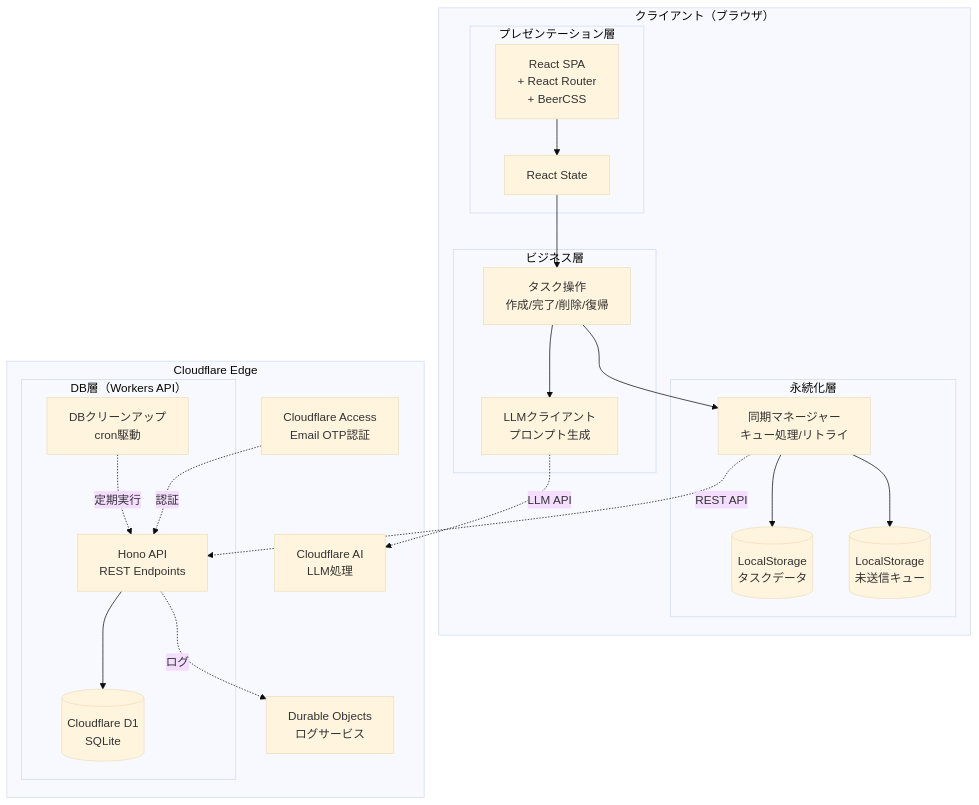
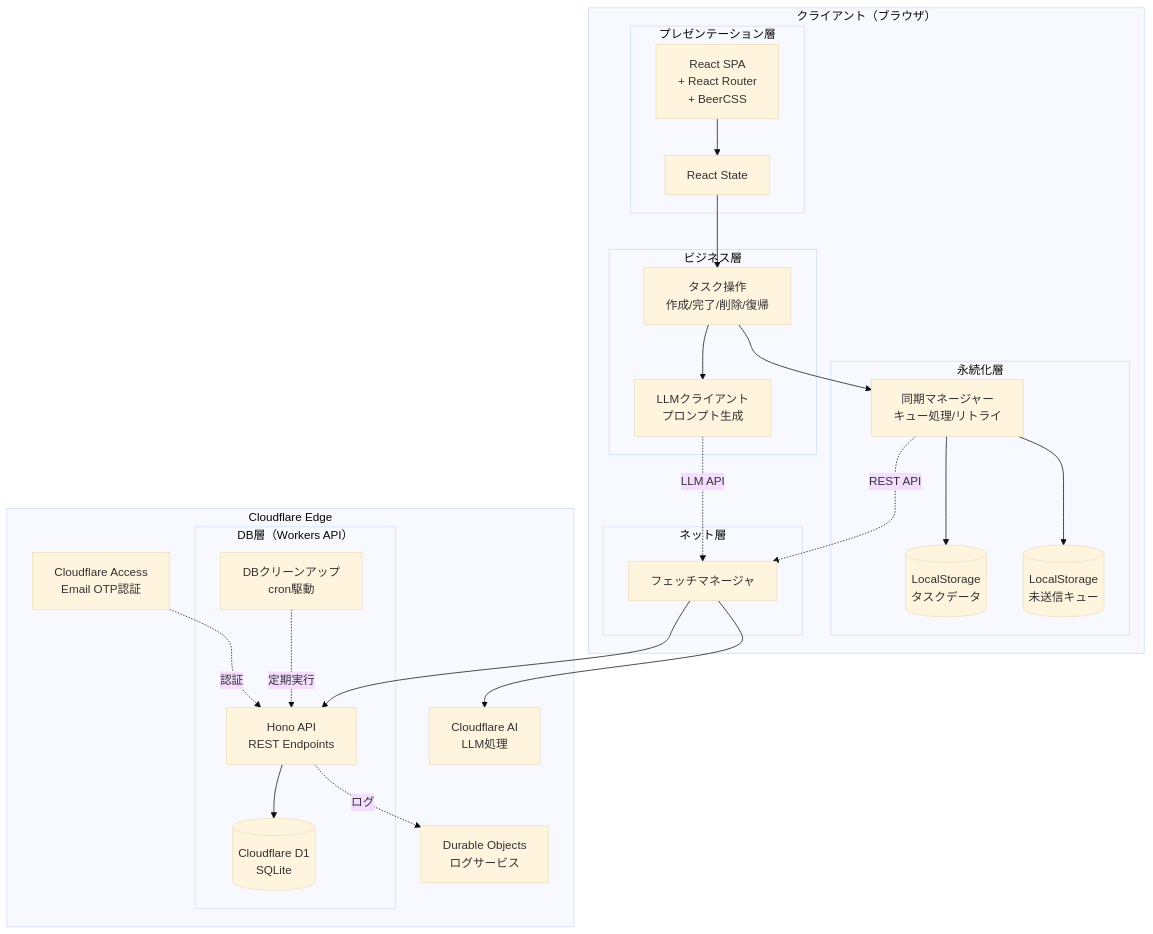
Before and after one commit to osawa-naotaka/vanishtodo: the first of 4 diagrams in doc/04_ARCHETECTURE.md, drawn with Mermaid (base theme). The commit also changed other lines of this file and 4 other files, not shown here.

````diff
--- a/doc/04_ARCHETECTURE.md
+++ b/doc/04_ARCHETECTURE.md
@@ -25,46 +26,52 @@
 ```mermaid
 graph TB
     subgraph "クライアント（ブラウザ）"
         subgraph "プレゼンテーション層"
             UI[React SPA<br/>+ React Router<br/>+ BeerCSS]
             State[React State]
         end
         
         subgraph "ビジネス層"
             TaskOps[タスク操作<br/>作成/完了/削除/復帰]
             LLMClient[LLMクライアント<br/>プロンプト生成]
         end
         
         subgraph "永続化層"
             LocalStorage[(LocalStorage<br/>タスクデータ)]
             SyncQueue[(LocalStorage<br/>未送信キュー)]
             SyncManager[同期マネージャー<br/>キュー処理/リトライ]
+        end
+
+        subgraph "ネット層"
+            Fetch[フェッチマネージャ]
         end
     end
     
     subgraph "Cloudflare Edge"
         Access[Cloudflare Access<br/>Email OTP認証]
         
         subgraph "DB層（Workers API）"
             Workers[Hono API<br/>REST Endpoints]
             D1[(Cloudflare D1<br/>SQLite)]
             Cron[DBクリーンアップ<br/>cron駆動]
         end
         
         AI[Cloudflare AI<br/>LLM処理]
         DurableObj[Durable Objects<br/>ログサービス]
     end
     
     UI --> State
     State --> TaskOps
     TaskOps --> LLMClient
     TaskOps --> SyncManager
-    LLMClient -.LLM API.-> AI
+    LLMClient -.LLM API.-> Fetch
     SyncManager --> LocalStorage
     SyncManager --> SyncQueue
-    SyncManager -.REST API.-> Workers
+    SyncManager -.REST API.-> Fetch
+    Fetch --> Workers
+    Fetch --> AI
     Workers --> D1
     Workers -.ログ.-> DurableObj
     Cron -.定期実行.-> Workers
     Access -.認証.-> Workers
 ```
````
